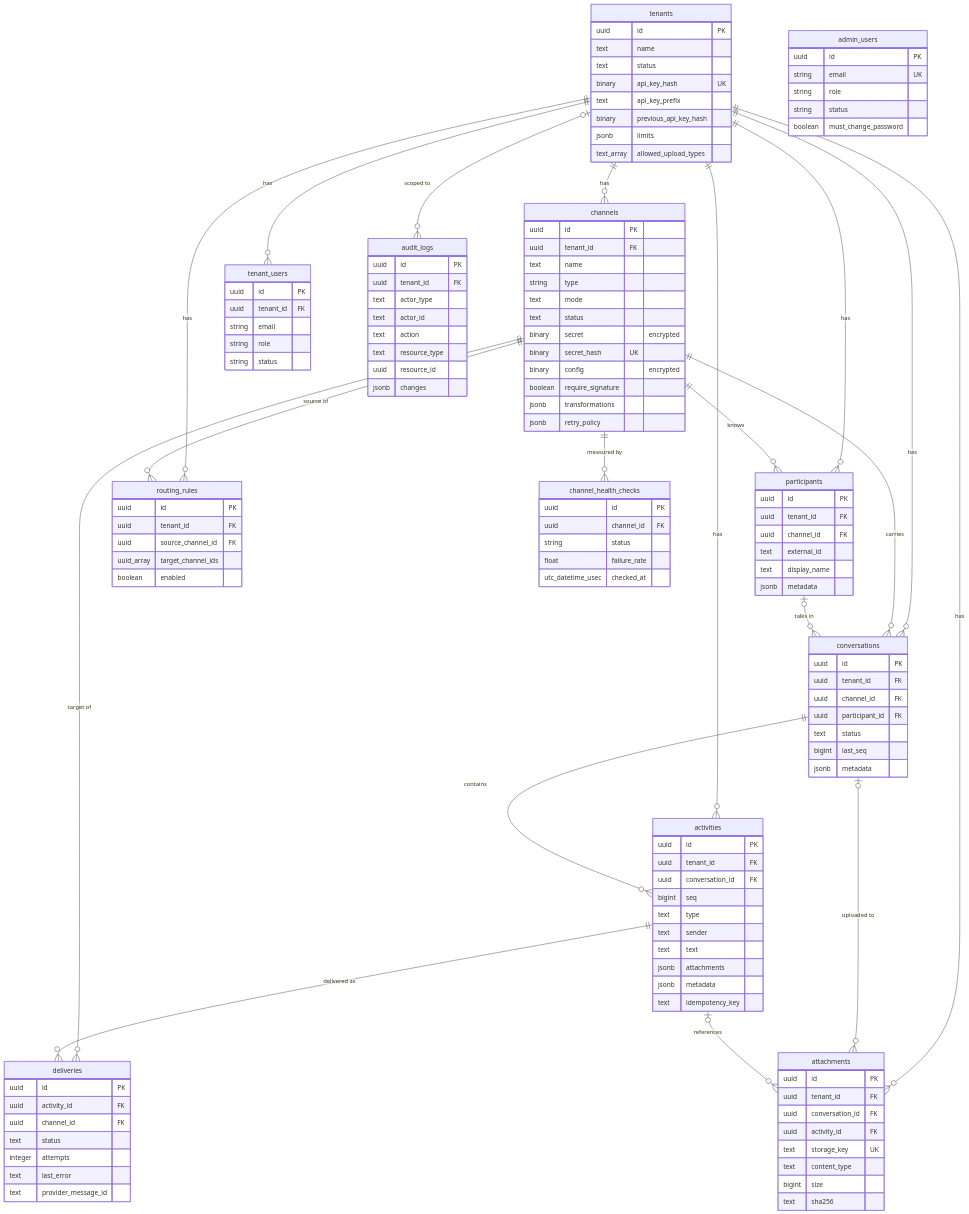
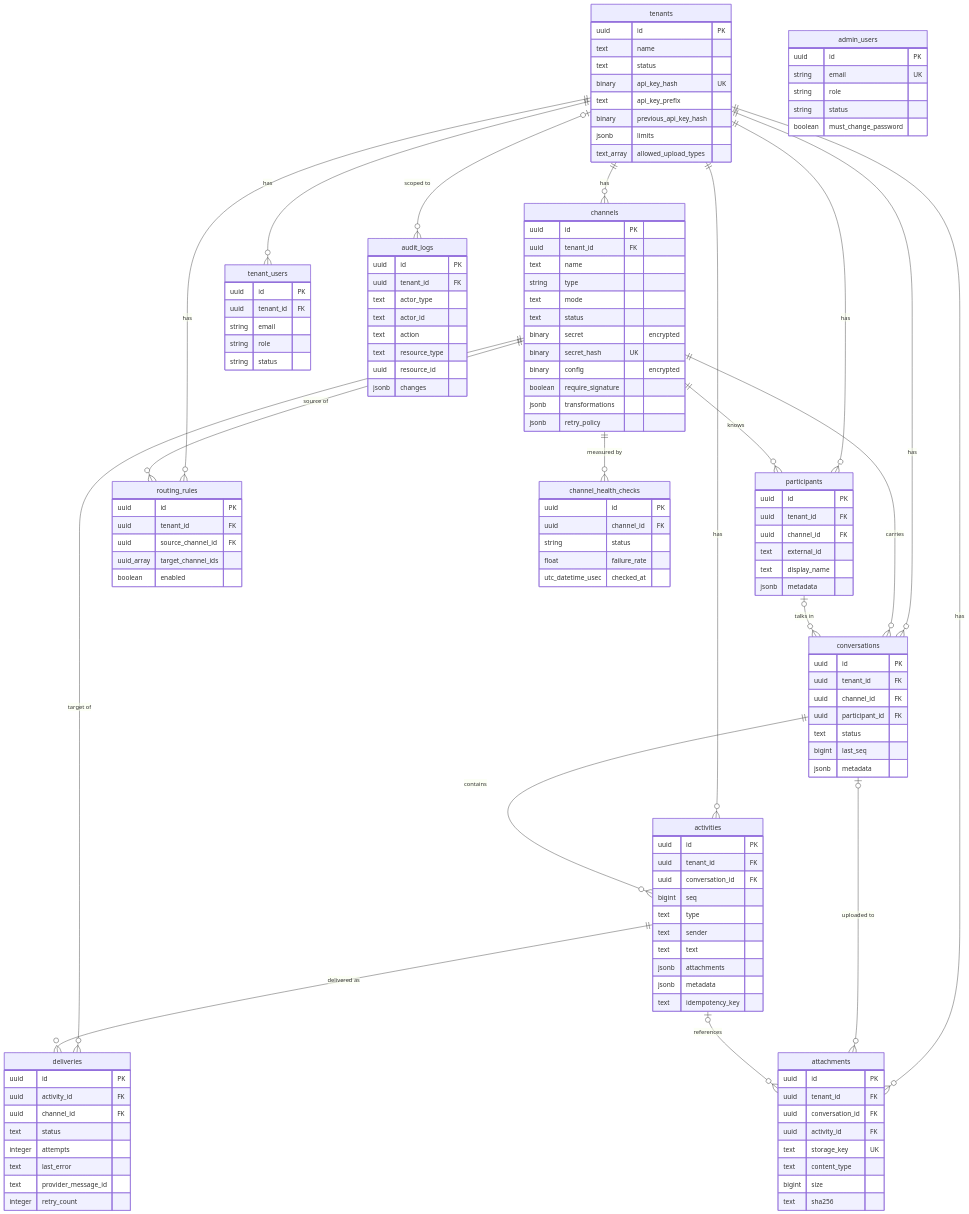
Before and after one commit to AimTune/converger: the diagram in docs/architecture/data-model.md, drawn with Mermaid. The commit also changed other lines of this file and 31 other files, not shown here.

```diff
--- a/docs/architecture/data-model.md
+++ b/docs/architecture/data-model.md
@@ -90,6 +90,7 @@
         integer attempts
         text last_error
         text provider_message_id
+        integer retry_count
     }
     routing_rules {
         uuid id PK
```
